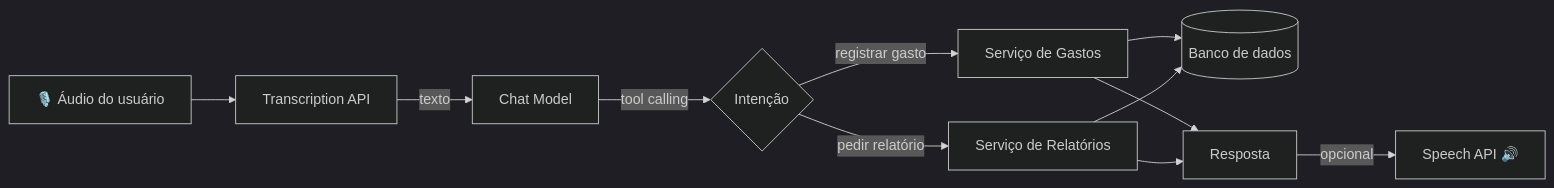
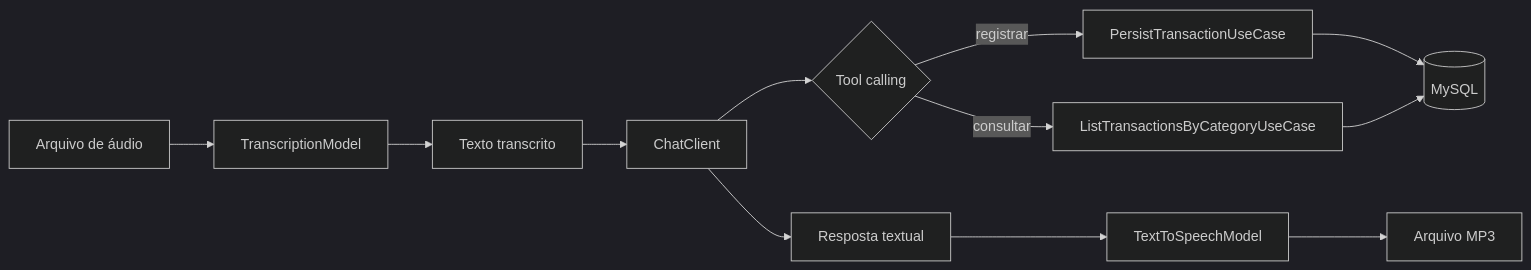
Before and after one commit to JoaoGSantana10/budgeting: the diagram in README.md, drawn with Mermaid (dark theme). The commit also changed other lines of this file and 1 other file, not shown here.

Commit message:
docs(readme): improve project and architecture documentation

````diff
--- a/README.md
+++ b/README.md
@@ -48,13 +30,14 @@
 ```mermaid
 flowchart LR
-    A[🎙️ Áudio do usuário] --> B[Transcription API]
-    B -->|texto| C[Chat Model]
-    C -->|tool calling| D{Intenção}
-    D -->|registrar gasto| E[Serviço de Gastos]
-    D -->|pedir relatório| F[Serviço de Relatórios]
-    E --> G[(Banco de dados)]
-    F --> G
-    E --> H[Resposta]
-    F --> H
-    H -->|opcional| I[Speech API 🔊]
+    A[Arquivo de áudio] --> B[TranscriptionModel]
+    B --> C[Texto transcrito]
+    C --> D[ChatClient]
+    D --> E{Tool calling}
+    E -->|registrar| F[PersistTransactionUseCase]
+    E -->|consultar| G[ListTransactionsByCategoryUseCase]
+    F --> H[(MySQL)]
+    G --> H
+    D --> I[Resposta textual]
+    I --> J[TextToSpeechModel]
+    J --> K[Arquivo MP3]
 ```
````
